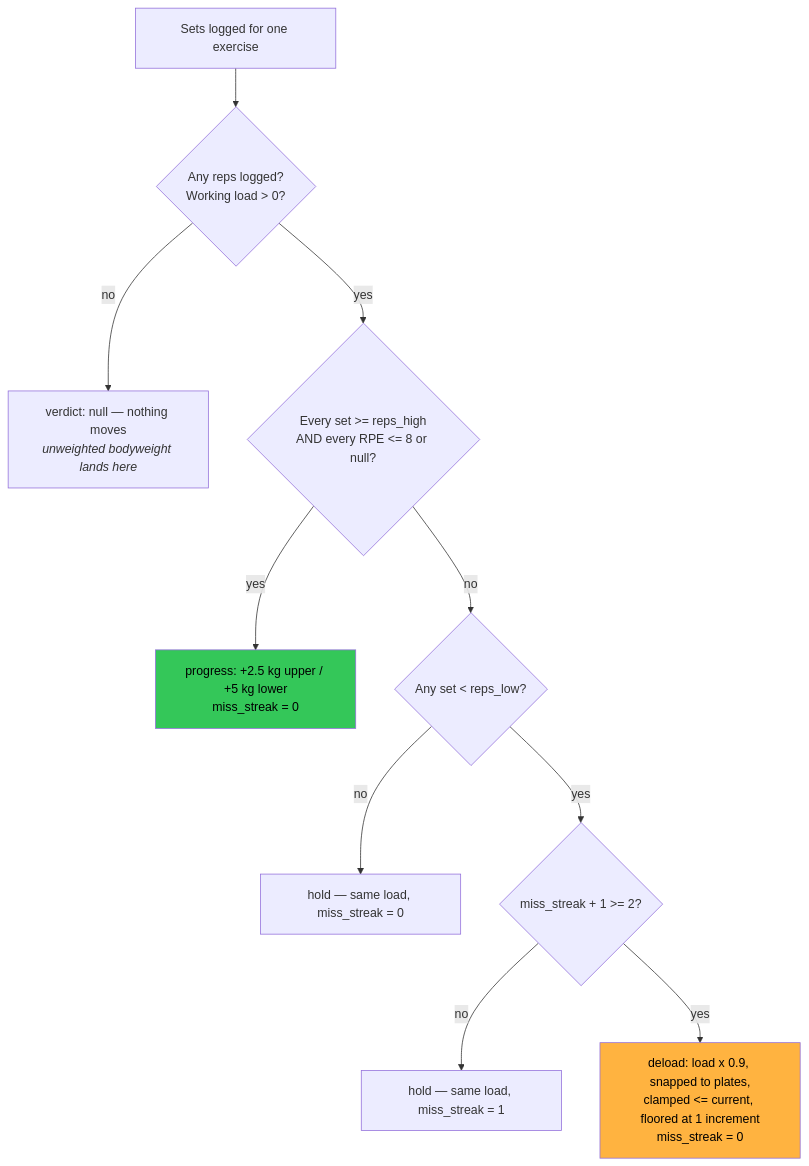
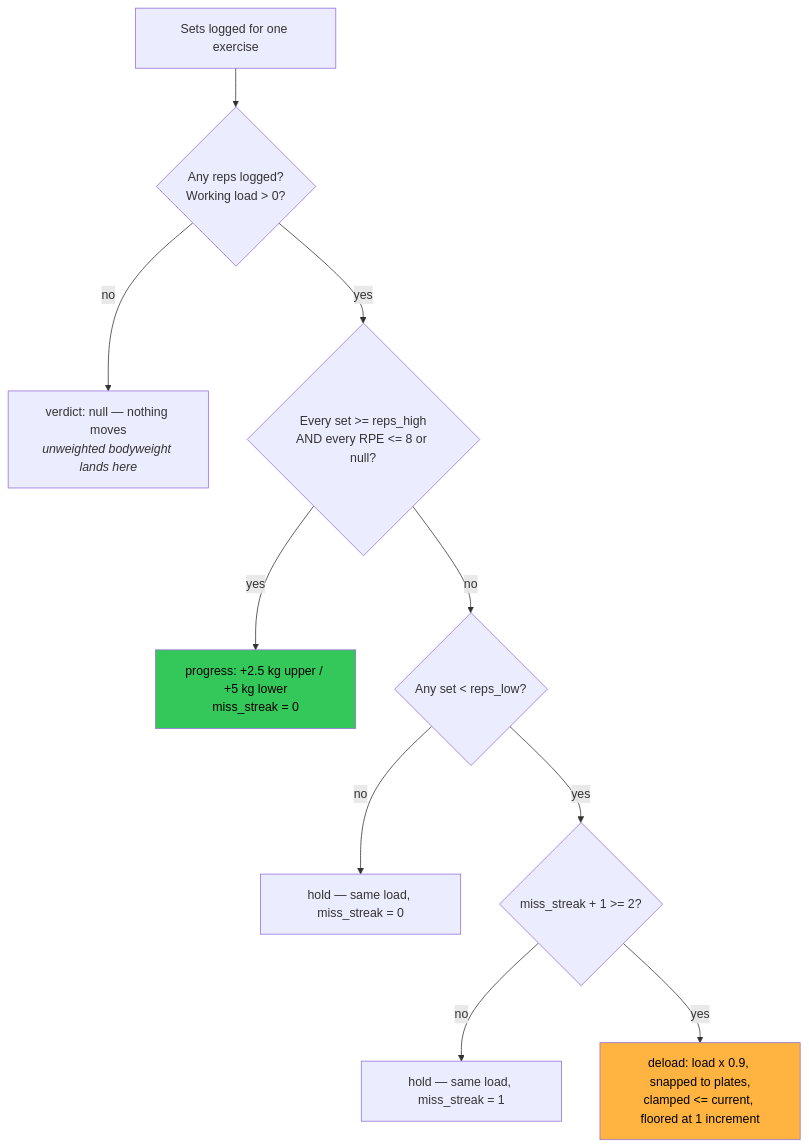
Before and after one commit to mateosauton/personal-trainer: the fourth of 7 diagrams in docs/ENGINEERING_HANDOFF.md, drawn with Mermaid. The commit also changed other lines of this file and 1 other file, not shown here.

````diff
--- a/docs/ENGINEERING_HANDOFF.md
+++ b/docs/ENGINEERING_HANDOFF.md
@@ -741,15 +663,15 @@
 ```mermaid
 flowchart TD
     S["Sets logged for one exercise"] --> Z{"Any reps logged?<br/>Working load > 0?"}
     Z -->|no| N["verdict: null — nothing moves<br/><i>unweighted bodyweight lands here</i>"]
     Z -->|yes| T{"Every set >= reps_high<br/>AND every RPE <= 8 or null?"}
     T -->|yes| P["progress: +2.5 kg upper / +5 kg lower<br/>miss_streak = 0"]
     T -->|no| M{"Any set < reps_low?"}
     M -->|no| H["hold — same load, miss_streak = 0"]
     M -->|yes| MS{"miss_streak + 1 >= 2?"}
     MS -->|no| H2["hold — same load, miss_streak = 1"]
-    MS -->|yes| D["deload: load x 0.9, snapped to plates,<br/>clamped <= current, floored at 1 increment<br/>miss_streak = 0"]
+    MS -->|yes| D["deload: load x 0.9, snapped to plates,<br/>clamped <= current, floored at 1 increment"]
 
     style P fill:#34C759,color:#000
     style D fill:#FFB340,color:#000
 ```
````
